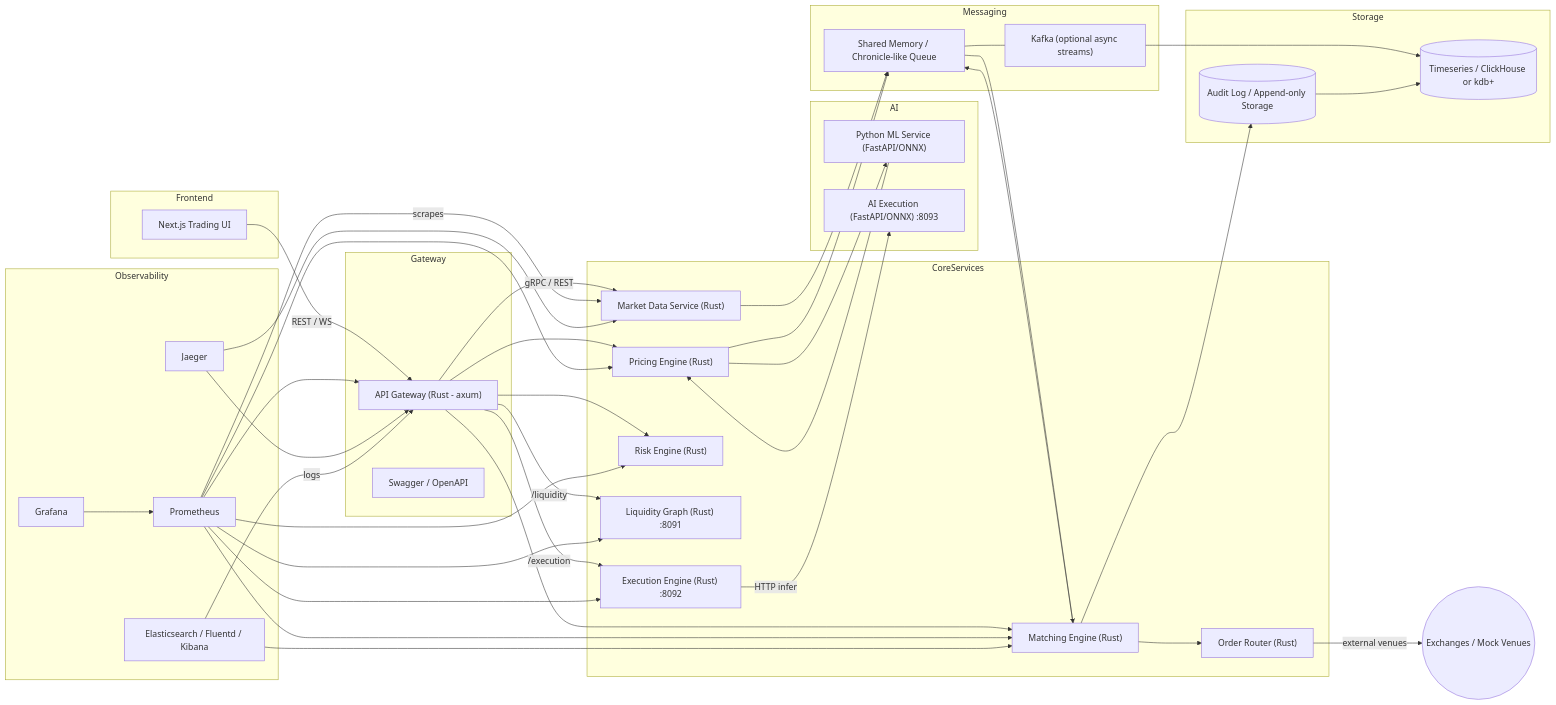
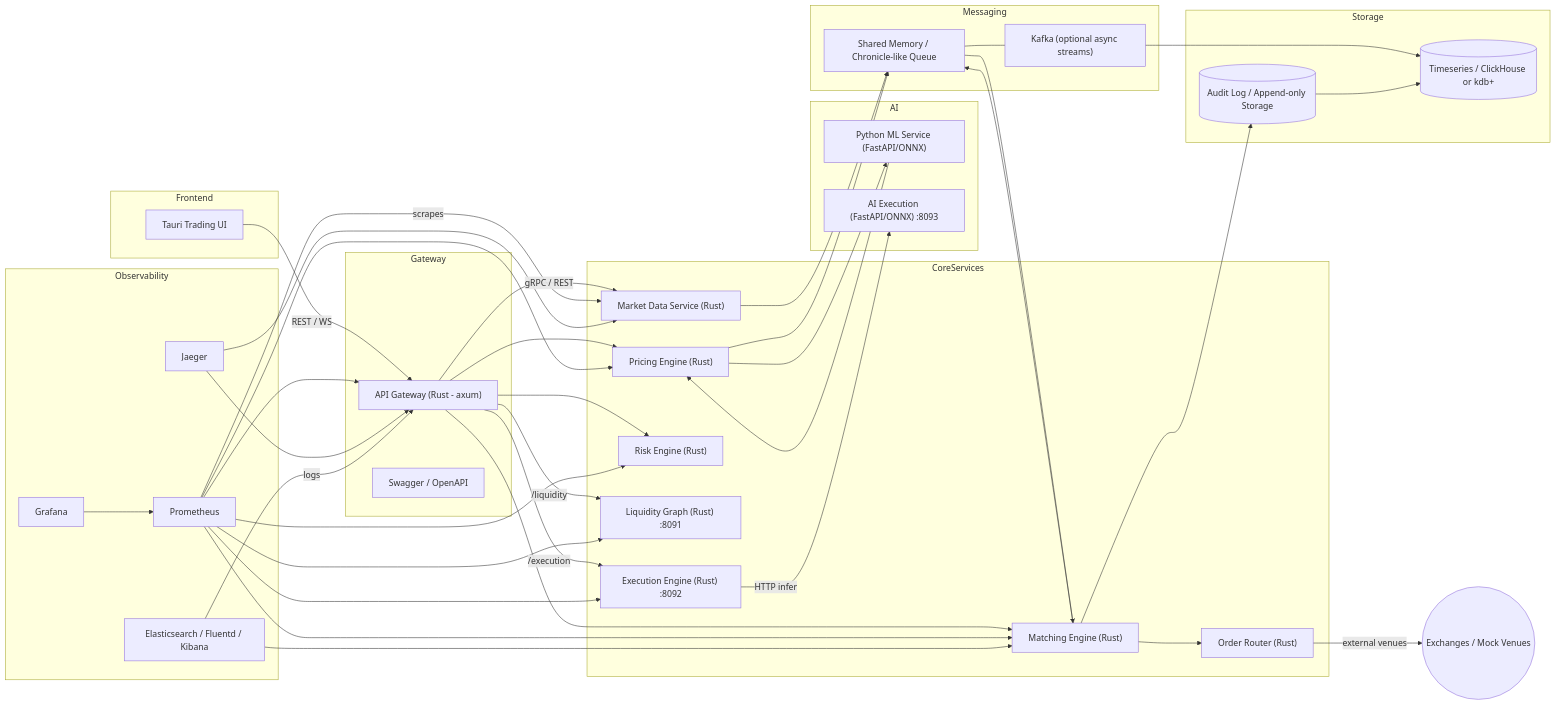
Before and after one commit to rabbittrix/Ultra-Low-Latency-FX-eTrading-Platform: the diagram in flow-fx-et.md, drawn with Mermaid. The commit also changed other lines of this file and 231 other files, not shown here.

````diff
--- a/flow-fx-et.md
+++ b/flow-fx-et.md
@@ -3,78 +3,78 @@
 ```mermaid
 flowchart LR
     subgraph Frontend
-        UI[Next.js Trading UI]
+        UI[Tauri Trading UI]
     end
 
     subgraph Gateway
         GW["API Gateway (Rust - axum)"]
         SW["Swagger / OpenAPI"]
     end
 
     subgraph CoreServices
         MD["Market Data Service (Rust)"]
         PR["Pricing Engine (Rust)"]
         ME["Matching Engine (Rust)"]
         RK["Risk Engine (Rust)"]
         OR["Order Router (Rust)"]
         LG["Liquidity Graph (Rust) :8091"]
         EX["Execution Engine (Rust) :8092"]
     end
 
     subgraph AI
         PY["Python ML Service (FastAPI/ONNX)"]
         AIX["AI Execution (FastAPI/ONNX) :8093"]
     end
 
     subgraph Messaging
         MQ["Shared Memory / Chronicle-like Queue"]
         KAF["Kafka (optional async streams)"]
     end
 
     subgraph Observability
         PROM[Prometheus]
         GRAF[Grafana]
         JAEG[Jaeger]
         EFK[Elasticsearch / Fluentd / Kibana]
     end
 
     subgraph Storage
         AUDIT[(Audit Log / Append-only Storage)]
         TSDB[(Timeseries / ClickHouse or kdb+)]
     end
 
     EXTERNAL((Exchanges / Mock Venues))
 
     UI -->|REST / WS| GW
     GW -->|gRPC / REST| MD
     GW --> PR
     GW --> ME
     GW --> RK
     GW -->|/liquidity| LG
     GW -->|/execution| EX
     EX -->|HTTP infer| AIX
     MD --> MQ
     PR --> MQ
     MQ --> ME
     ME --> MQ
     ME --> OR
     OR -->|external venues| EXTERNAL
     PR --> PY
     PY --> PR
     ME --> AUDIT
     PROM -->|scrapes| MD
     PROM --> PR
     PROM --> ME
     PROM --> RK
     PROM --> GW
     PROM --> LG
     PROM --> EX
     GRAF --> PROM
     JAEG --> GW
     JAEG --> MD
     EFK -->|logs| GW
     EFK --> ME
     MQ --- KAF
     KAF --> TSDB
     AUDIT --> TSDB
 ```
````
